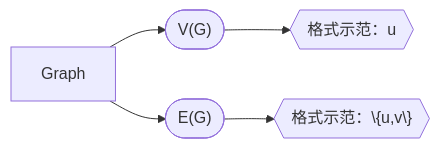
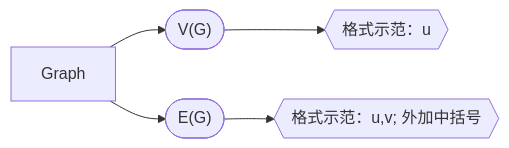
Before and after one commit to Joker-of-Gotham/Joker-of-Gotham.github.io: the diagram in docs/_posts/图论/Introduction_to_graph_theory/定义与案例/2025-07-08-《图论导论》定义与案例.md, drawn with Mermaid. The commit also changed other lines of this file, not shown here.

Commit message:
add part isomophism and connected graph

````diff
--- a/docs/_posts/图论/Introduction_to_graph_theory/定义与案例/2025-07-08-《图论导论》定义与案例.md
+++ b/docs/_posts/图论/Introduction_to_graph_theory/定义与案例/2025-07-08-《图论导论》定义与案例.md
@@ -12,7 +12,7 @@
 ```mermaid
 flowchart LR
     Graph --> vertices(["V(G)"])
     Graph --> edges(["E(G)"])
     vertices --> ver_example{{"格式示范：u"}}
-    edges --> ed_examples{{"格式示范：\{u,v\}"}}
+    edges --> ed_examples{{"格式示范：u,v; 外加中括号"}}
 ```
````
